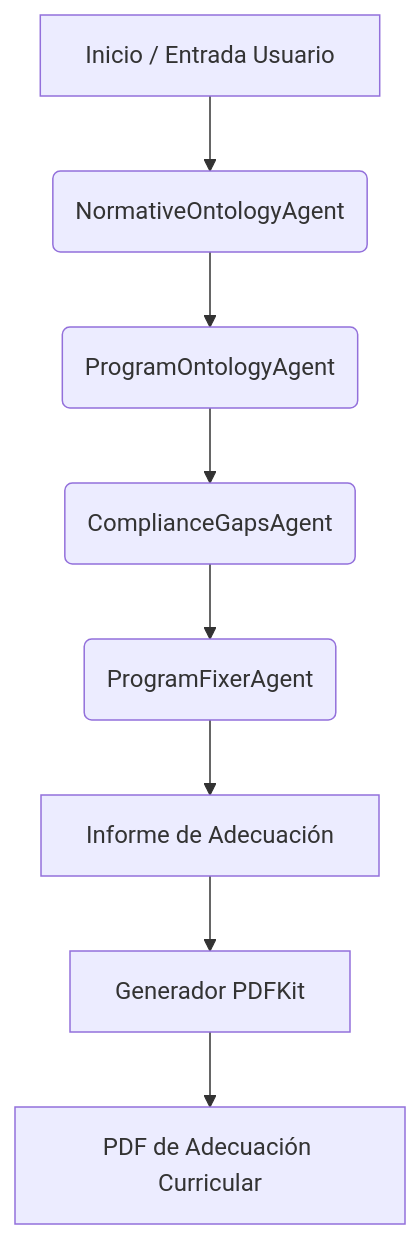
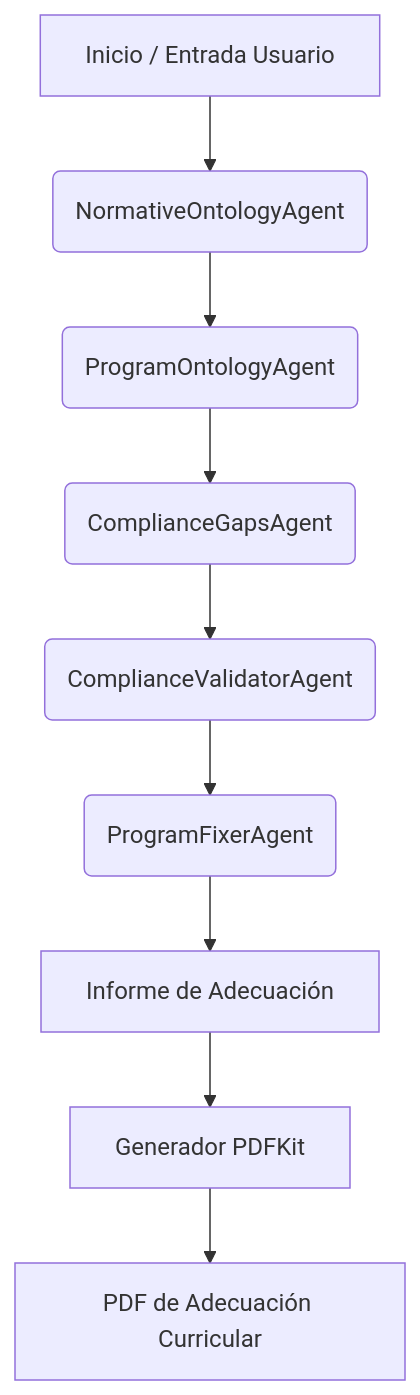
The diagram in agents.md (dracero/grafo-test), drawn with Mermaid before and after one commit. The commit also changed other lines of this file and 6 other files, not shown here.

````diff
--- a/agents.md
+++ b/agents.md
@@ -9,10 +9,11 @@
 ```mermaid
 graph TD
     A[Inicio / Entrada Usuario] --> B(NormativeOntologyAgent)
     B --> C(ProgramOntologyAgent)
     C --> D(ComplianceGapsAgent)
-    D --> E(ProgramFixerAgent)
-    E --> F[Informe de Adecuación]
-    F --> G[Generador PDFKit]
-    G --> H[PDF de Adecuación Curricular]
+    D --> E(ComplianceValidatorAgent)
+    E --> F(ProgramFixerAgent)
+    F --> G[Informe de Adecuación]
+    G --> H[Generador PDFKit]
+    H --> I[PDF de Adecuación Curricular]
 ```
````
